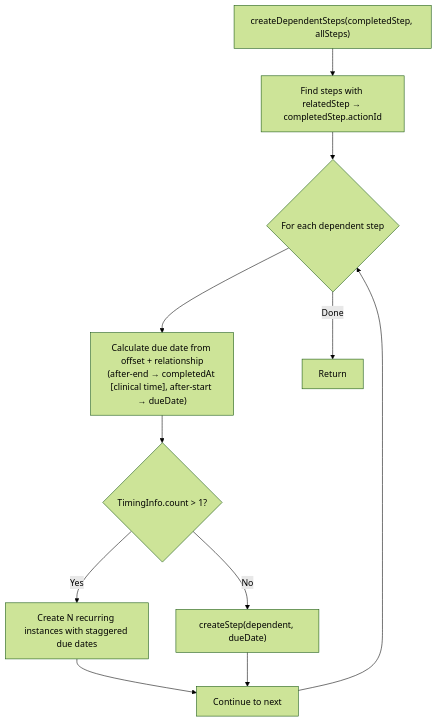
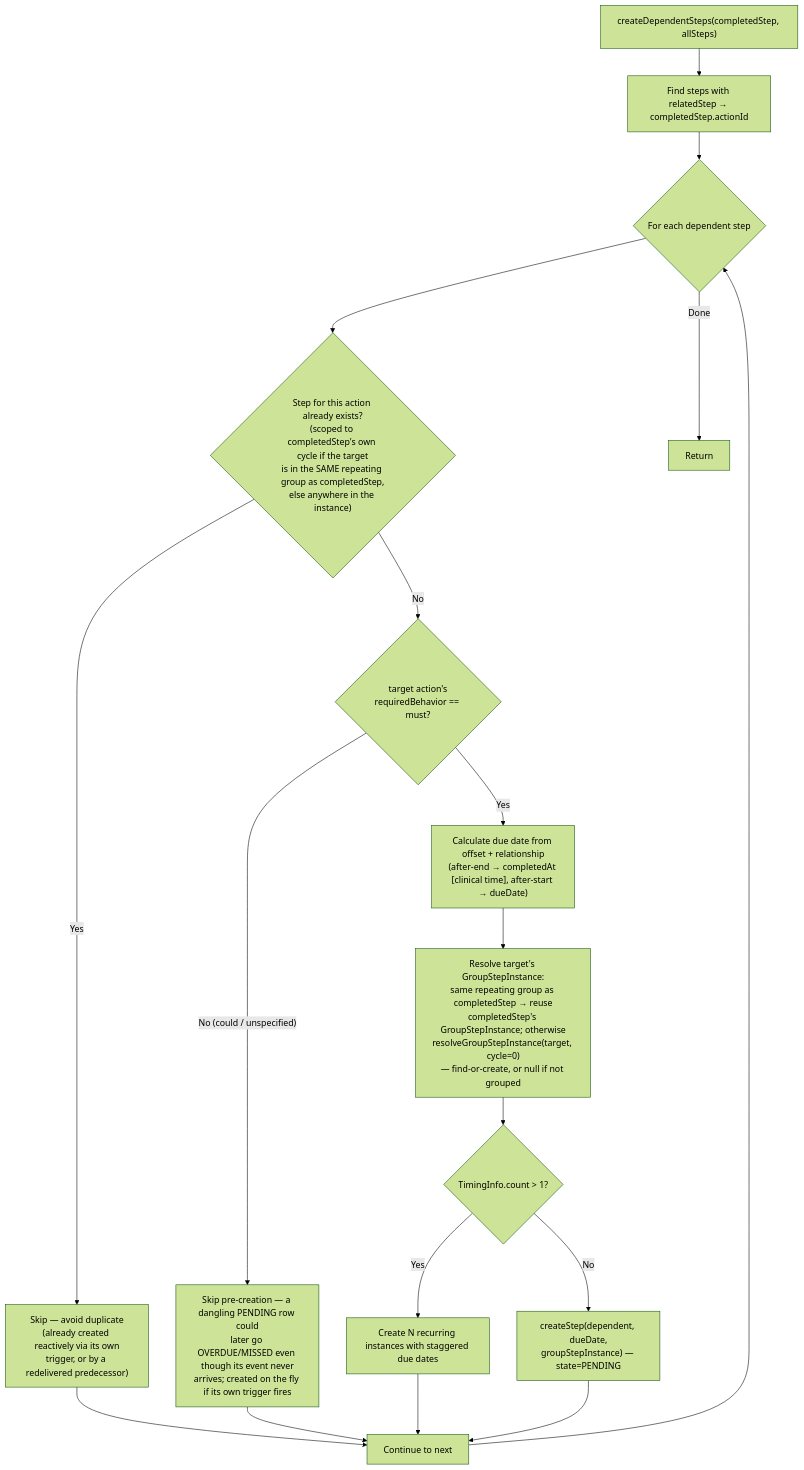
One commit to Jayaprakash8887/cce-compliance-service changed diagram 11 of 13 in docs/flow-diagrams.md. Above: the diagram before and after it, drawn with Mermaid (forest theme). The commit also changed other lines of this file and 7 other files, not shown here.

````diff
--- a/docs/flow-diagrams.md
+++ b/docs/flow-diagrams.md
@@ -519,15 +553,22 @@
 ```mermaid
 flowchart TD
     START["createDependentSteps(completedStep, allSteps)"] --> FIND["Find steps with relatedStep → completedStep.actionId"]
     FIND --> LOOP{"For each dependent step"}
-    LOOP --> CALC["Calculate due date from offset + relationship<br/>(after-end → completedAt [clinical time], after-start → dueDate)"]
-    CALC --> RECURRING{"TimingInfo.count > 1?"}
+    LOOP --> DEDUP{"Step for this action already exists?<br/>(scoped to completedStep's own cycle if the target<br/>is in the SAME repeating group as completedStep,<br/>else anywhere in the instance)"}
+    DEDUP -->|"Yes"| SKIP["Skip — avoid duplicate<br/>(already created reactively via its own<br/>trigger, or by a redelivered predecessor)"]
+    DEDUP -->|"No"| MUST{"target action's<br/>requiredBehavior == must?"}
+    MUST -->|"No (could / unspecified)"| SKIP2["Skip pre-creation — a dangling PENDING row could<br/>later go OVERDUE/MISSED even though its event never<br/>arrives; created on the fly if its own trigger fires"]
+    MUST -->|"Yes"| CALC["Calculate due date from offset + relationship<br/>(after-end → completedAt [clinical time], after-start → dueDate)"]
+    CALC --> GROUP["Resolve target's GroupStepInstance:<br/>same repeating group as completedStep → reuse<br/>completedStep's GroupStepInstance; otherwise<br/>resolveGroupStepInstance(target, cycle=0)<br/>— find-or-create, or null if not grouped"]
+    GROUP --> RECURRING{"TimingInfo.count > 1?"}
 
     RECURRING -->|"Yes"| MULTI["Create N recurring instances with staggered due dates"]
-    RECURRING -->|"No"| SINGLE["createStep(dependent, dueDate)"]
+    RECURRING -->|"No"| SINGLE["createStep(dependent, dueDate,<br/>groupStepInstance) — state=PENDING"]
 
     MULTI --> NEXT["Continue to next"]
     SINGLE --> NEXT
+    SKIP --> NEXT
+    SKIP2 --> NEXT
     NEXT --> LOOP
     LOOP -->|"Done"| END["Return"]
 ```
````
